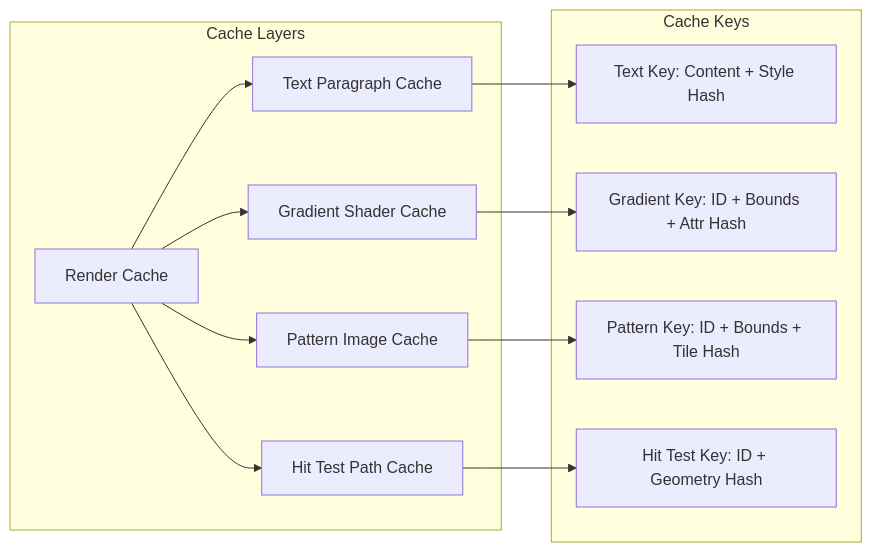
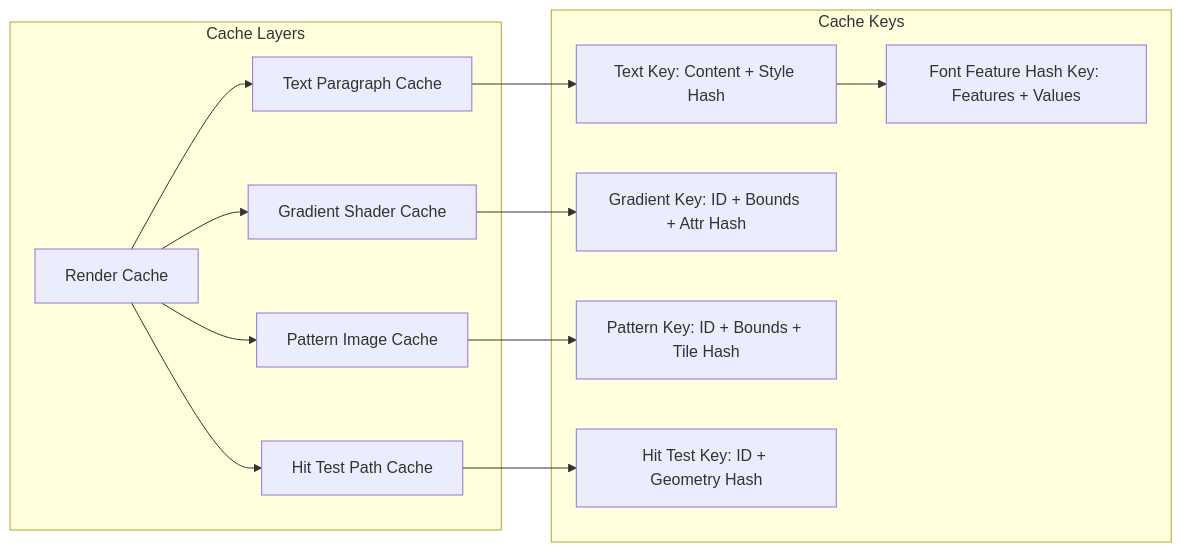
Before and after one commit to denisnadey/flutter_full_svg_support: the tenth of 13 diagrams in .qoder/repowiki/en/content/Animated SVG Support/Advanced Animation Features/Enhanced Text Styling System/Enhanced Text Styling System.md, drawn with Mermaid. The commit also changed other lines of this file and 10 other files, not shown here.

````diff
--- a/.qoder/repowiki/en/content/Animated SVG Support/Advanced Animation Features/Enhanced Text Styling System/Enhanced Text Styling System.md
+++ b/.qoder/repowiki/en/content/Animated SVG Support/Advanced Animation Features/Enhanced Text Styling System/Enhanced Text Styling System.md
@@ -567,19 +679,21 @@
 ```mermaid
 graph LR
 subgraph "Cache Layers"
 A[Render Cache] --> B[Text Paragraph Cache]
 A --> C[Gradient Shader Cache]
 A --> D[Pattern Image Cache]
 A --> E[Hit Test Path Cache]
 end
 subgraph "Cache Keys"
 F[Text Key: Content + Style Hash]
 G[Gradient Key: ID + Bounds + Attr Hash]
 H[Pattern Key: ID + Bounds + Tile Hash]
 I[Hit Test Key: ID + Geometry Hash]
+J[Font Feature Hash Key: Features + Values]
 end
 B --> F
 C --> G
 D --> H
 E --> I
+F --> J
 ```
````
